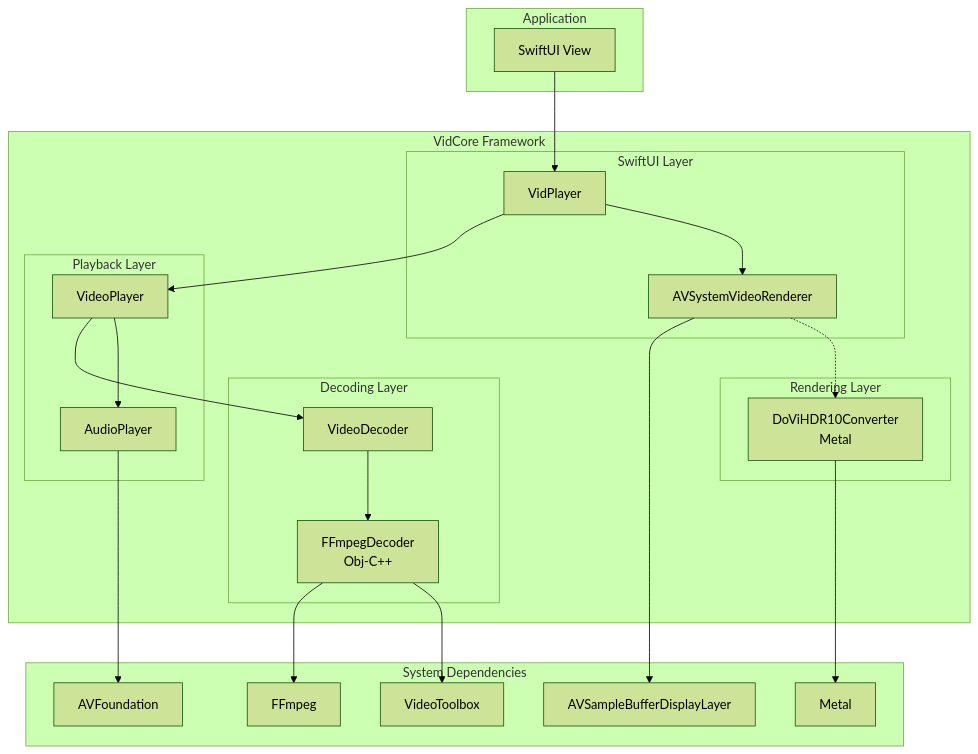
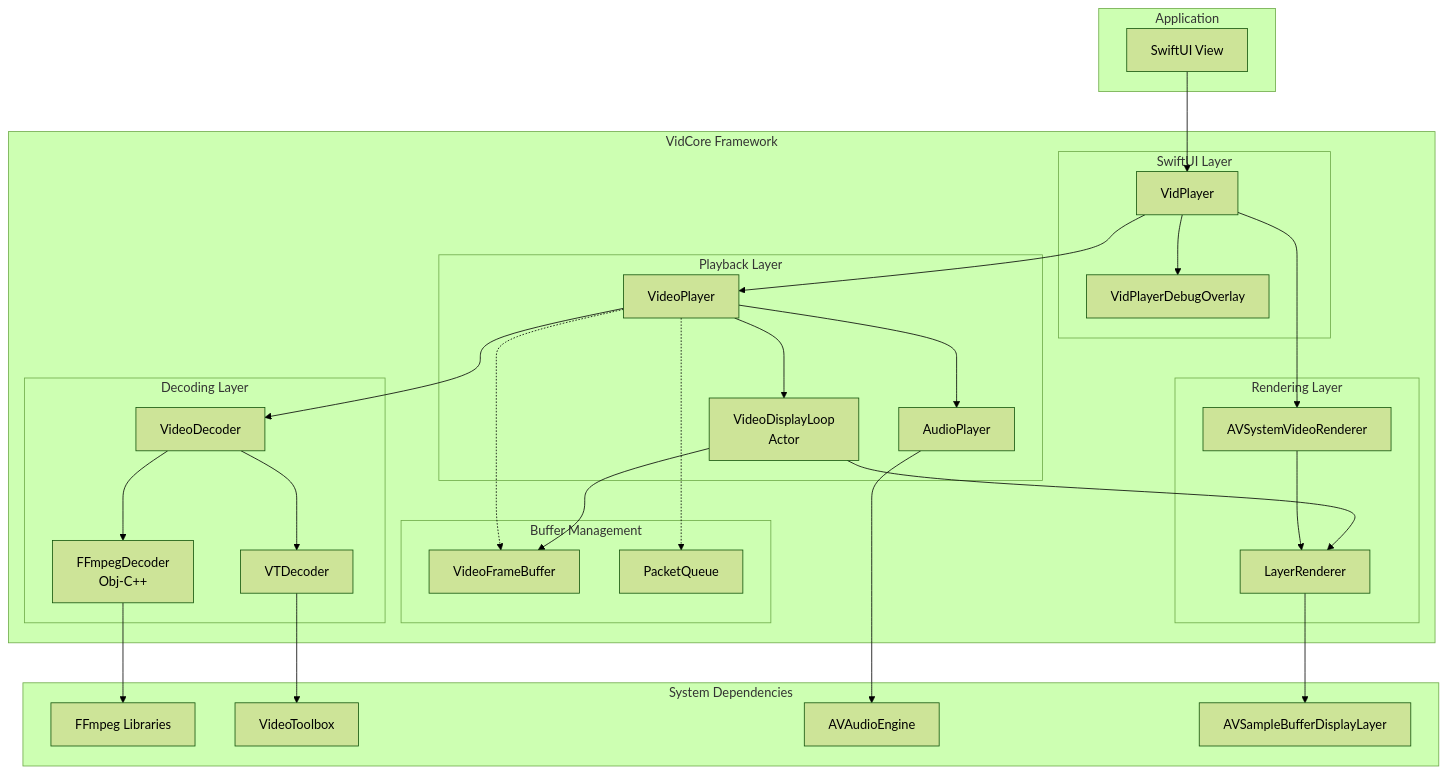
Before and after one commit to ptaru/VidCore: the diagram in README.md, drawn with Mermaid (forest theme). The commit also changed other lines of this file, not shown here.

````diff
--- a/README.md
+++ b/README.md
@@ -613,52 +707,65 @@
 ```mermaid
 graph TD
     subgraph App [Application]
         UI[SwiftUI View]
     end
 
     subgraph VidCore [VidCore Framework]
         subgraph SwiftUI [SwiftUI Layer]
             VPV[VidPlayer]
-            ASVR[AVSystemVideoRenderer]
+            VPDO[VidPlayerDebugOverlay]
         end
 
         subgraph Playback [Playback Layer]
             VP[VideoPlayer]
+            VDL[VideoDisplayLoop<br/>Actor]
             AP[AudioPlayer]
+        end
+
+        subgraph Buffers [Buffer Management]
+            VFB[VideoFrameBuffer]
+            PQ[PacketQueue]
         end
 
         subgraph Decoding [Decoding Layer]
             VD[VideoDecoder]
             FD[FFmpegDecoder<br/>Obj-C++]
+            VTD[VTDecoder]
         end
 
         subgraph Rendering [Rendering Layer]
-            DVC[DoViHDR10Converter<br/>Metal]
+            LR[LayerRenderer]
+            ASVR[AVSystemVideoRenderer]
         end
     end
 
     subgraph System [System Dependencies]
-        FF[FFmpeg]
+        FF[FFmpeg Libraries]
         VT[VideoToolbox]
-        MTL[Metal]
-        AV[AVFoundation]
+        AV[AVAudioEngine]
         ASBDL[AVSampleBufferDisplayLayer]
     end
 
     UI --> VPV
     VPV --> VP
+    VPV --> VPDO
     VPV --> ASVR
-    ASVR --> ASBDL
-    ASVR -.-> DVC
+    ASVR --> LR
+    LR --> ASBDL
 
+    VP --> VDL
     VP --> VD
     VP --> AP
+    VP -.-> VFB
+    VP -.-> PQ
+    
+    VDL --> VFB
+    VDL --> LR
     
     VD --> FD
+    VD --> VTD
     FD --> FF
-    FD --> VT
-
+    VTD --> VT
+    
     AP --> AV
-    
-    DVC --> MTL
 ```
````
